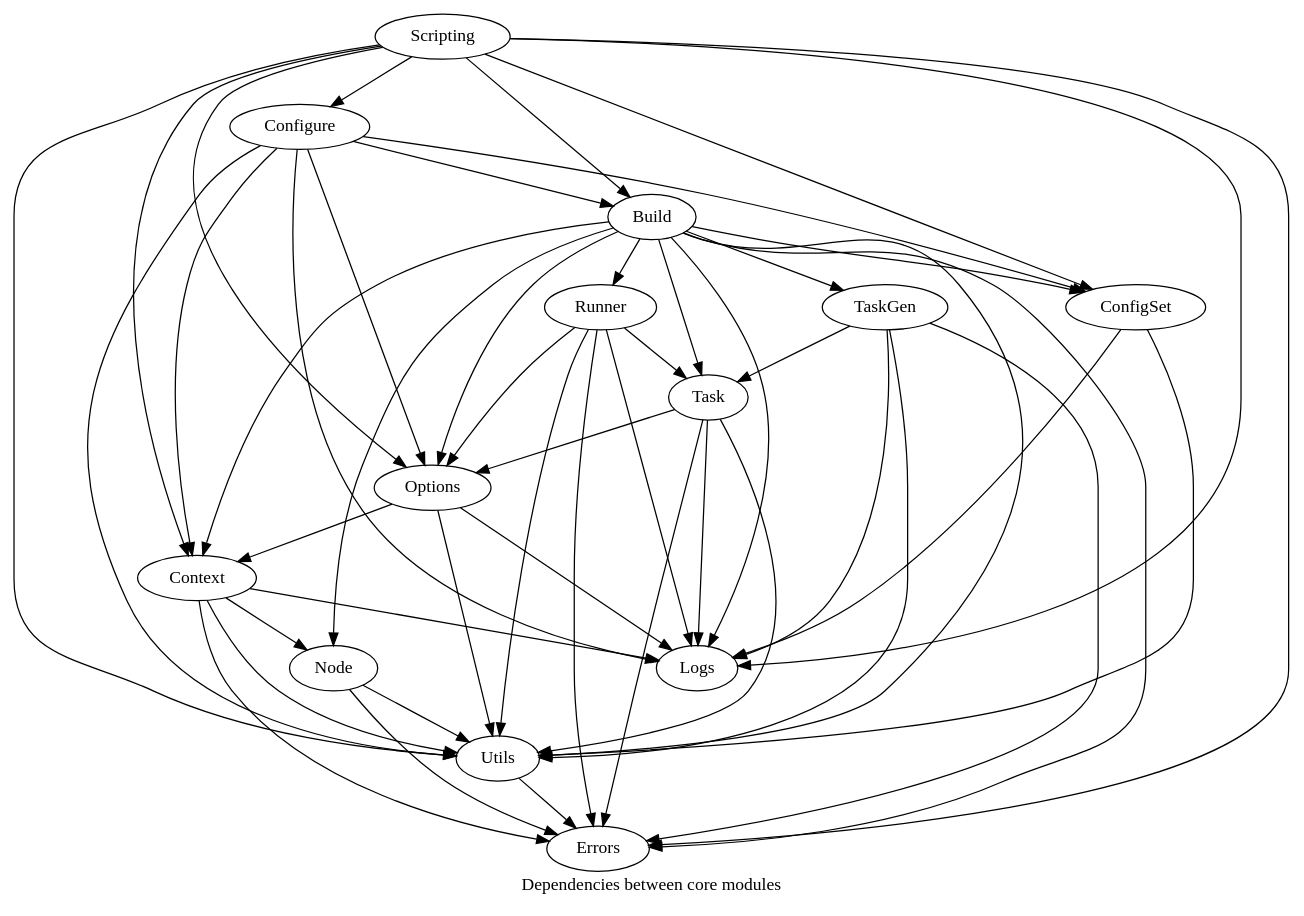
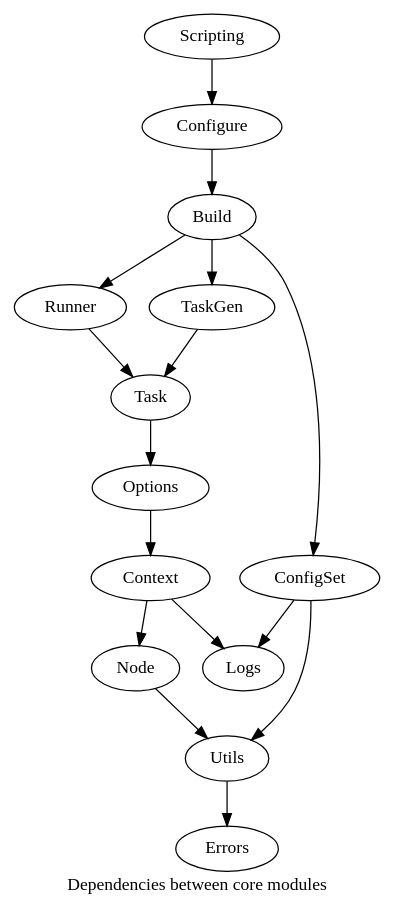
Before and after one commit to cournape/waf-old: the diagram in docs/upgrade_waf_1.6/core.dot, drawn with Graphviz. The commit also changed 2 other files, not shown here.

```diff
--- a/docs/upgrade_waf_1.6/core.dot
+++ b/docs/upgrade_waf_1.6/core.dot
@@ -1,63 +1,29 @@
 digraph G {
 	label="Dependencies between core modules";
 
 	Build -> Runner;
 	Build -> TaskGen;
-	Build -> Utils;
-	Build -> "Node";
 	Build -> ConfigSet;
-	Build -> Task;
-	Build -> Logs;
-	Build -> Options;
-	Build -> Context;
-	Build -> Errors;
 
 	ConfigSet -> Utils;
 	ConfigSet -> Logs;
 
-	Configure -> ConfigSet;
-	Configure -> Utils;
-	Configure -> Options;
-	Configure -> Logs;
-	Configure -> Context;
 	Configure -> Build;
 
-	Context -> Utils;
-	Context -> Errors;
 	Context -> Logs;
 	Context -> "Node";
 
 	"Node" -> Utils;
-	"Node" -> Errors;
 
-	Options -> Logs;
-	Options -> Utils;
 	Options -> Context;
 
-	Runner -> Utils;
-	Runner -> Logs;
-	Runner -> Options;
 	Runner -> Task;
-	Runner -> Errors;
 
-	Scripting -> Utils;
 	Scripting -> Configure;
-	Scripting -> Logs;
-	Scripting -> Options;
-	Scripting -> ConfigSet;
-	Scripting -> Context;
-	Scripting -> Errors;
-	Scripting -> Build;
 
 	TaskGen -> Task;
-	TaskGen -> Utils;
-	TaskGen -> Logs;
-	TaskGen -> Errors
 
-	Task -> Utils;
-	Task -> Logs;
 	Task -> Options;
-	Task -> Errors
 
 	Utils -> Errors;
 }
```
